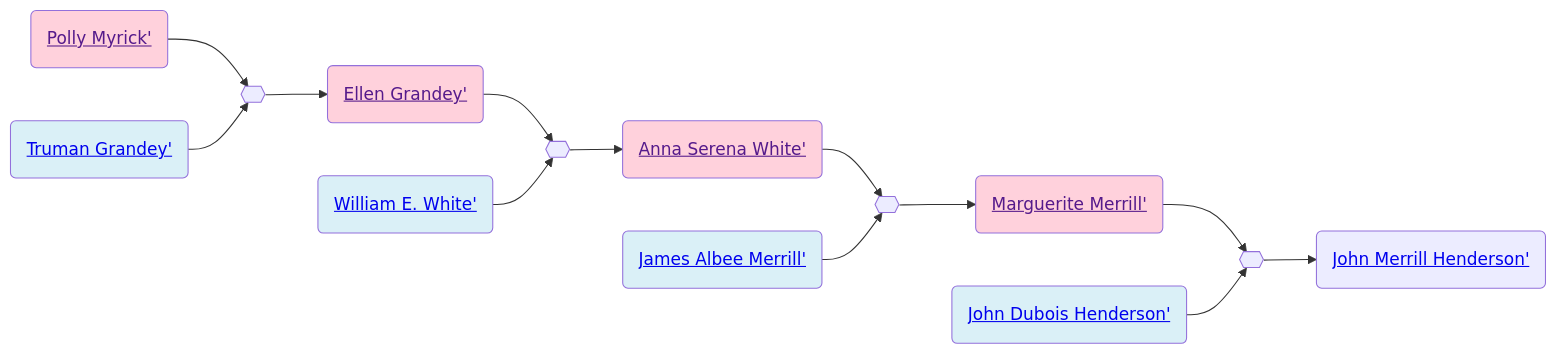
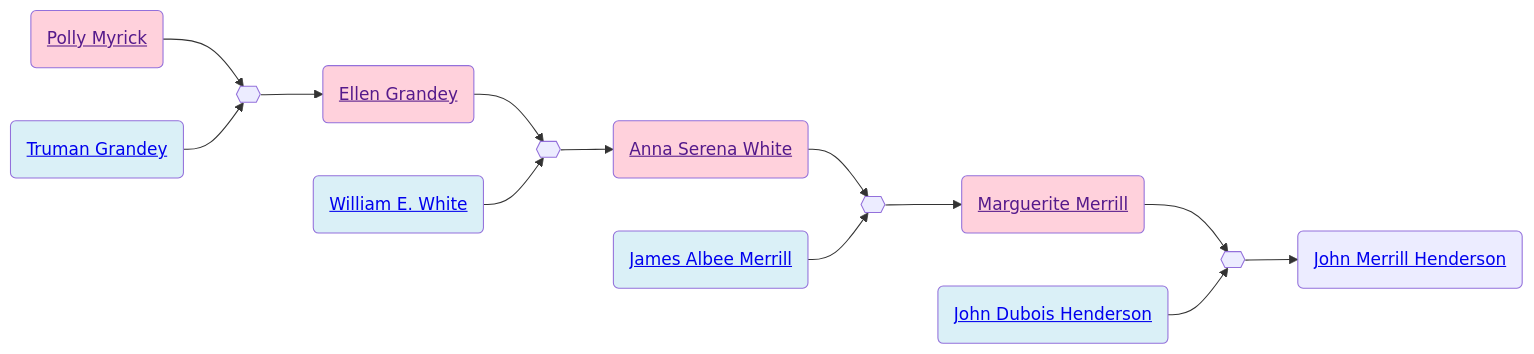
The diagram in familyhistory/sources/people/Merrill-line/White-line/Grandey/Polly_Myrick.qmd (neelsmith/avocational), drawn with Mermaid before and after one commit. The commit also changed 96 other files, not shown here.

````diff
--- a/familyhistory/sources/people/Merrill-line/White-line/Grandey/Polly_Myrick.qmd
+++ b/familyhistory/sources/people/Merrill-line/White-line/Grandey/Polly_Myrick.qmd
@@ -26,32 +26,32 @@
 ```{mermaid}
 graph LR
 %% LR descendant diagram
 class Polly_Myrick_and_Truman_Grandey marriage
-Polly_Myrick(<a href=''>Polly Myrick'</>) --> Polly_Myrick_and_Truman_Grandey{{ }}
-Truman_Grandey(<a href='./../../Grandey-line/Truman_Grandey.html'>Truman Grandey'</>) --> Polly_Myrick_and_Truman_Grandey{{ }}
+Polly_Myrick(<a href=''>Polly Myrick</a>) --> Polly_Myrick_and_Truman_Grandey{{ }}
+Truman_Grandey(<a href='./../../Grandey-line/Truman_Grandey.html'>Truman Grandey</a>) --> Polly_Myrick_and_Truman_Grandey{{ }}
 class Truman_Grandey father
 class Polly_Myrick mother
-Polly_Myrick_and_Truman_Grandey{{ }} --> Ellen_Grandey(<a href='./../../Grandey-line/Ellen_Grandey.html'>Ellen Grandey'</>)
+Polly_Myrick_and_Truman_Grandey{{ }} --> Ellen_Grandey(<a href='./../../Grandey-line/Ellen_Grandey.html'>Ellen Grandey</a>)
 class Ellen_Grandey_and_William_E._White marriage
-Ellen_Grandey(<a href=''>Ellen Grandey'</>) --> Ellen_Grandey_and_William_E._White{{ }}
-William_E._White(<a href='./../White-line/William_E._White.html'>William E. White'</>) --> Ellen_Grandey_and_William_E._White{{ }}
+Ellen_Grandey(<a href=''>Ellen Grandey</a>) --> Ellen_Grandey_and_William_E._White{{ }}
+William_E._White(<a href='./../White-line/William_E._White.html'>William E. White</a>) --> Ellen_Grandey_and_William_E._White{{ }}
 class William_E._White father
 class Ellen_Grandey mother
-Ellen_Grandey_and_William_E._White{{ }} --> Anna_Serena_White(<a href='./../White-line/Anna_Serena_White.html'>Anna Serena White'</>)
+Ellen_Grandey_and_William_E._White{{ }} --> Anna_Serena_White(<a href='./../White-line/Anna_Serena_White.html'>Anna Serena White</a>)
 class Anna_Serena_White_and_James_Albee_Merrill marriage
-Anna_Serena_White(<a href=''>Anna Serena White'</>) --> Anna_Serena_White_and_James_Albee_Merrill{{ }}
-James_Albee_Merrill(<a href='./../James_Albee_Merrill.html'>James Albee Merrill'</>) --> Anna_Serena_White_and_James_Albee_Merrill{{ }}
+Anna_Serena_White(<a href=''>Anna Serena White</a>) --> Anna_Serena_White_and_James_Albee_Merrill{{ }}
+James_Albee_Merrill(<a href='./../James_Albee_Merrill.html'>James Albee Merrill</a>) --> Anna_Serena_White_and_James_Albee_Merrill{{ }}
 class James_Albee_Merrill father
 class Anna_Serena_White mother
-Anna_Serena_White_and_James_Albee_Merrill{{ }} --> Marguerite_Merrill(<a href='./../Marguerite_Merrill.html'>Marguerite Merrill'</>)
+Anna_Serena_White_and_James_Albee_Merrill{{ }} --> Marguerite_Merrill(<a href='./../Marguerite_Merrill.html'>Marguerite Merrill</a>)
 class Marguerite_Merrill_and_John_Dubois_Henderson marriage
-Marguerite_Merrill(<a href=''>Marguerite Merrill'</>) --> Marguerite_Merrill_and_John_Dubois_Henderson{{ }}
-John_Dubois_Henderson(<a href='./../Henderson-line/John_Dubois_Henderson.html'>John Dubois Henderson'</>) --> Marguerite_Merrill_and_John_Dubois_Henderson{{ }}
+Marguerite_Merrill(<a href=''>Marguerite Merrill</a>) --> Marguerite_Merrill_and_John_Dubois_Henderson{{ }}
+John_Dubois_Henderson(<a href='./../Henderson-line/John_Dubois_Henderson.html'>John Dubois Henderson</a>) --> Marguerite_Merrill_and_John_Dubois_Henderson{{ }}
 class John_Dubois_Henderson father
 class Marguerite_Merrill mother
-Marguerite_Merrill_and_John_Dubois_Henderson{{ }} --> John_Merrill_Henderson(<a href='./../Henderson-line/John_Merrill_Henderson.html'>John Merrill Henderson'</>)
+Marguerite_Merrill_and_John_Dubois_Henderson{{ }} --> John_Merrill_Henderson(<a href='./../Henderson-line/John_Merrill_Henderson.html'>John Merrill Henderson</a>)
 classDef mother fill:#ffd1dc
 classDef father fill:#daf0f7  
 classDef marriage fill:#ffffff
 
 ```
````
